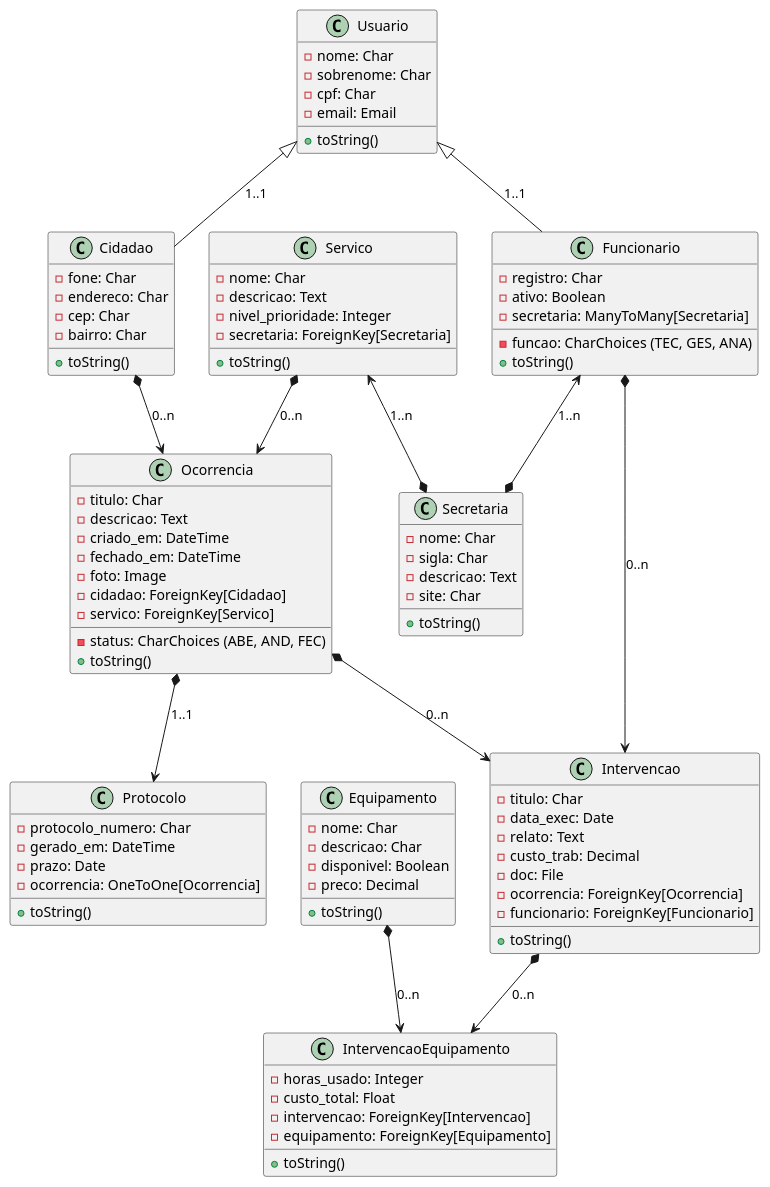
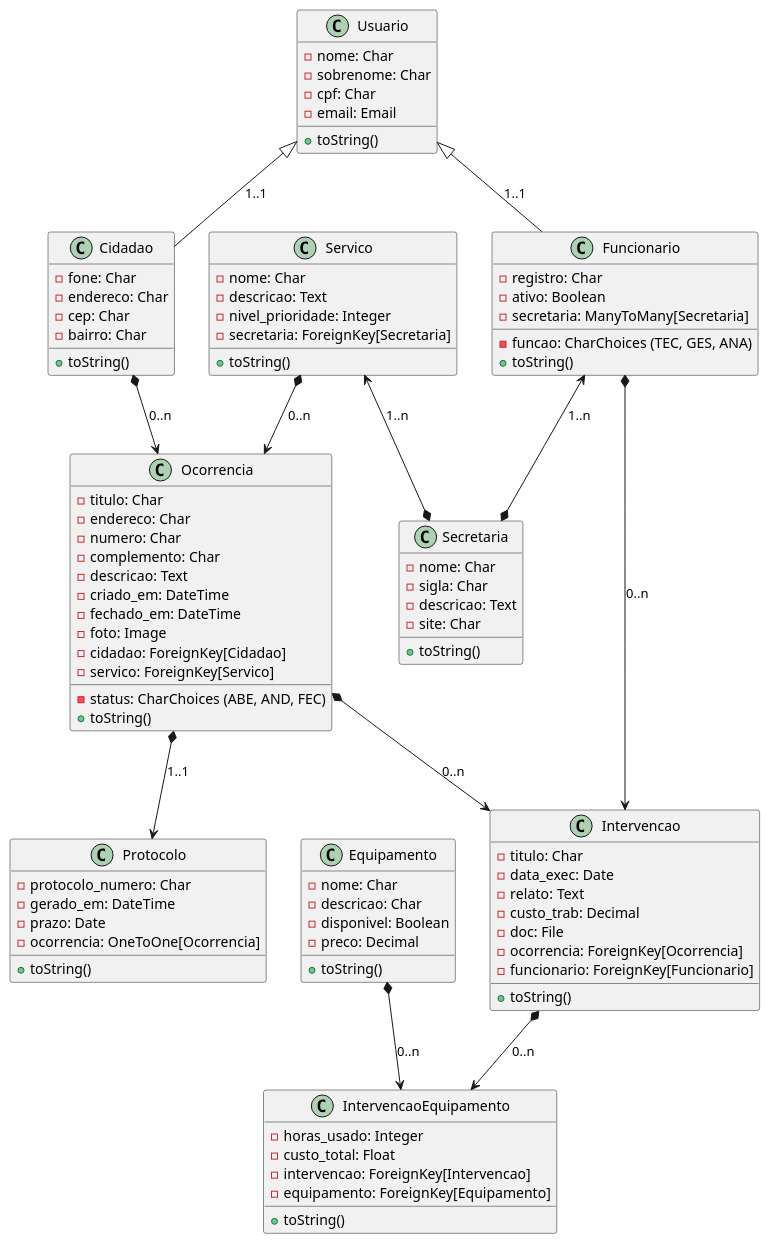
Before and after one commit to anleaes/2026-1-SDM-Segunda-Noite-ZS-04: the diagram in diagrama.wsd, drawn with PlantUML.

Commit message:
fix(diagrama): Ajuste para adição de novos campos

```diff
--- a/diagrama.wsd
+++ b/diagrama.wsd
@@ -1,114 +1,117 @@
 @startuml MeAjudaApp
 
 
 class Usuario {
     -nome: Char
     -sobrenome: Char
     -cpf: Char
     -email: Email
     +toString()
 }
 
 
 class Cidadao {
     -fone: Char
     -endereco: Char
     -cep: Char
     -bairro: Char
     +toString()
 }
 
 
 class Funcionario {
     -registro: Char
     -funcao: CharChoices (TEC, GES, ANA)
     -ativo: Boolean
     -secretaria: ManyToMany[Secretaria]
     +toString()
 }
 
 
 class Secretaria {
     -nome: Char
     -sigla: Char
     -descricao: Text
     -site: Char
     +toString()
 }
 
 
 class Servico {
     -nome: Char
     -descricao: Text
     -nivel_prioridade: Integer
     -secretaria: ForeignKey[Secretaria]
     +toString()
 }
 
 
 class Ocorrencia {
     -titulo: Char
+    -endereco: Char
+    -numero: Char
+    -complemento: Char
     -descricao: Text
     -criado_em: DateTime
     -fechado_em: DateTime
     -status: CharChoices (ABE, AND, FEC)
     -foto: Image
     -cidadao: ForeignKey[Cidadao]
     -servico: ForeignKey[Servico]
     +toString()
 }
 
 
 class Intervencao {
     -titulo: Char
     -data_exec: Date
     -relato: Text
     -custo_trab: Decimal
     -doc: File
     -ocorrencia: ForeignKey[Ocorrencia]
     -funcionario: ForeignKey[Funcionario]
     +toString()
 }
 
 
 class Protocolo {
     -protocolo_numero: Char
     -gerado_em: DateTime
     -prazo: Date
     -ocorrencia: OneToOne[Ocorrencia]
     +toString()
 }
 
 
 class Equipamento {
     -nome: Char
     -descricao: Char
     -disponivel: Boolean
     -preco: Decimal
     +toString()
 }
 
 
 class IntervencaoEquipamento {
     -horas_usado: Integer
     -custo_total: Float
     -intervencao: ForeignKey[Intervencao]
     -equipamento: ForeignKey[Equipamento]
     +toString()
 }
 
 
 Servico <--* Secretaria : 1..n
 Funcionario <--* Secretaria : 1..n
 Servico *--> Ocorrencia : 0..n
 Cidadao *--> Ocorrencia : 0..n
 Ocorrencia *--> Intervencao : 0..n
 Ocorrencia *--> Protocolo : 1..1
 Funcionario *--> Intervencao : 0..n
 Intervencao *--> IntervencaoEquipamento : 0..n
 Equipamento *--> IntervencaoEquipamento : 0..n
 Cidadao -up-|> Usuario: 1..1
 Funcionario -up-|> Usuario: 1..1
 
 
 @enduml
```
